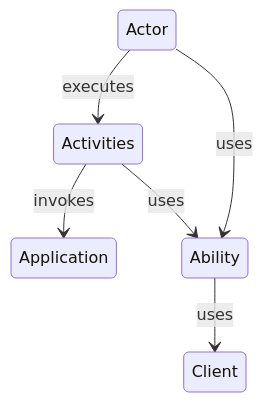
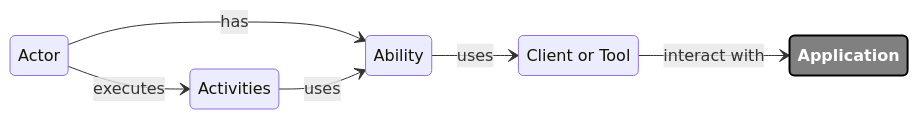
Before and after one commit to andy-schulz/thekla4j: the diagram in docs/index.md, drawn with Mermaid. The commit also changed other lines of this file, not shown here.

Commit message:
[docs] fix: links to license and framework modules

````diff
--- a/docs/index.md
+++ b/docs/index.md
@@ -33,9 +33,15 @@
 ```mermaid
 stateDiagram
+    direction LR
+
+    classDef badBadEvent fill:gray,color:white,font-weight:bold,stroke-width:2px,stroke:black;
+    tool: Client or Tool
     Actor --> Activities: executes
-    Activities --> Application: invokes
-    Actor --> Ability: uses
-    Ability --> Client: uses
+    Actor --> Ability: has
+    Ability --> tool: uses
+    tool --> Application: interact with
     
     Activities --> Ability: uses
+
+    class Application badBadEvent
 ```
````
